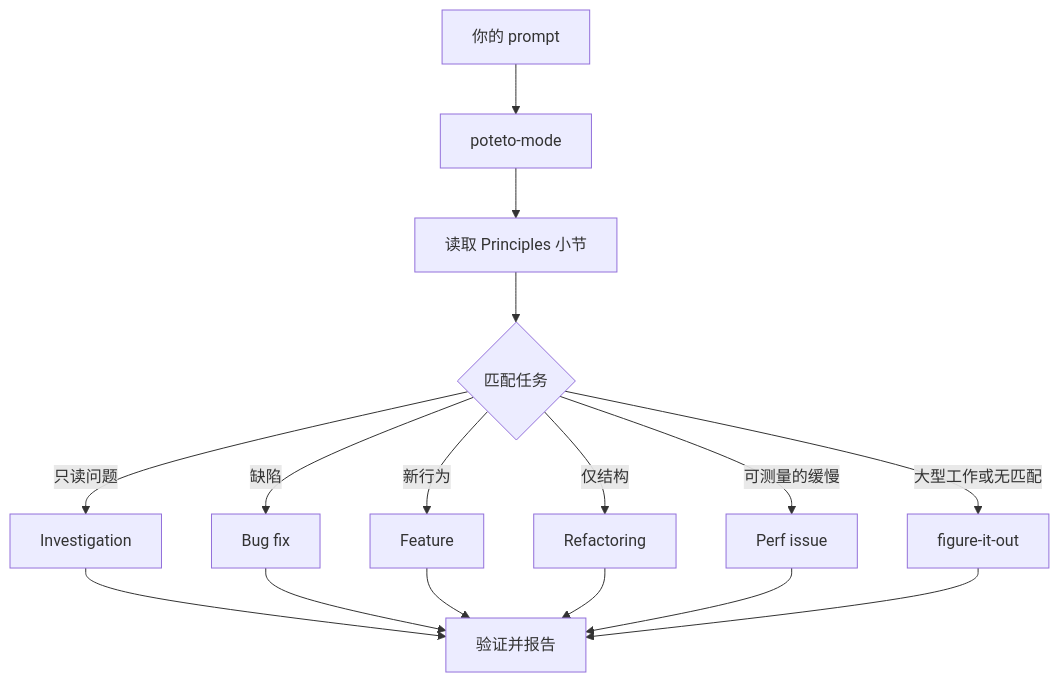
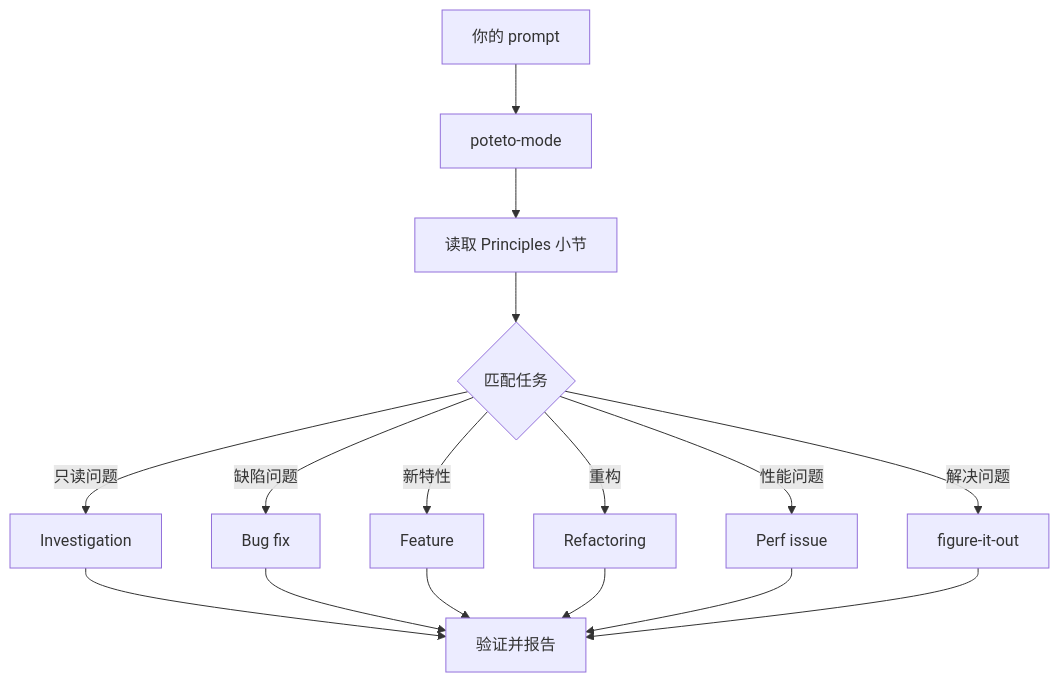
One commit to levin-design/lstack changed the diagram in pstack/docs/guide/02-poteto-mode.md. Above: the diagram before and after it, drawn with Mermaid. The commit also changed 581 other files, not shown here.

````diff
--- a/pstack/docs/guide/02-poteto-mode.md
+++ b/pstack/docs/guide/02-poteto-mode.md
@@ -9,18 +9,18 @@
 ```mermaid
 flowchart TD
     A[你的 prompt] --> B[poteto-mode]
     B --> C[读取 Principles 小节]
     C --> D{匹配任务}
     D -->|只读问题| E[Investigation]
-    D -->|缺陷| F[Bug fix]
-    D -->|新行为| G[Feature]
-    D -->|仅结构| H[Refactoring]
-    D -->|可测量的缓慢| I[Perf issue]
-    D -->|大型工作或无匹配| J[figure-it-out]
+    D -->|缺陷问题| F[Bug fix]
+    D -->|新特性| G[Feature]
+    D -->|重构| H[Refactoring]
+    D -->|性能问题| I[Perf issue]
+    D -->|解决问题| J[figure-it-out]
     E --> K[验证并报告]
     F --> K
     G --> K
     H --> K
     I --> K
     J --> K
 ```
````
